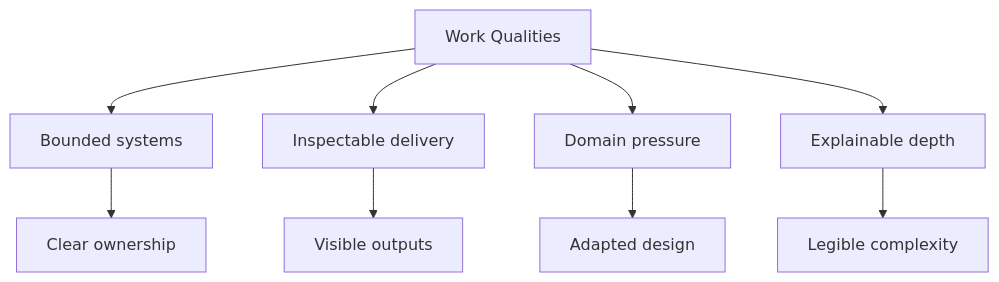
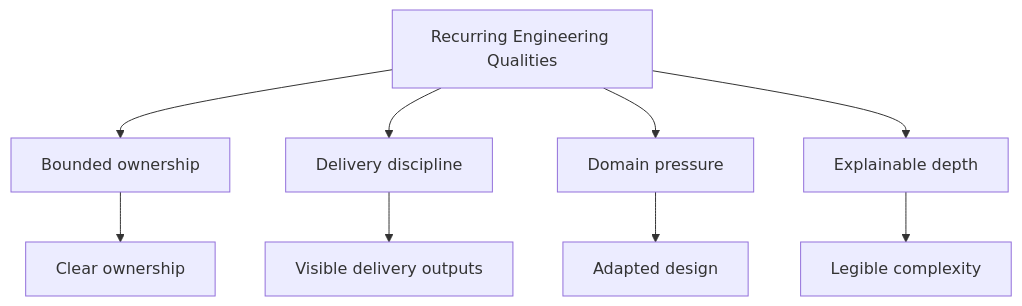
Before and after one commit to bijux/bijux.github.io: the diagram in docs/platform/work-qualities.md, drawn with Mermaid. The commit also changed other lines of this file, not shown here.

Commit message:
docs(work-qualities): freeze canonical quality vocabulary

````diff
--- a/docs/platform/work-qualities.md
+++ b/docs/platform/work-qualities.md
@@ -23,12 +21,12 @@
 ```mermaid
 graph TD
-    qualities["Work Qualities"] --> bounded["Bounded systems"]
-    qualities --> inspectable["Inspectable delivery"]
+    qualities["Recurring Engineering Qualities"] --> bounded["Bounded ownership"]
+    qualities --> inspectable["Delivery discipline"]
     qualities --> pressure["Domain pressure"]
     qualities --> depth["Explainable depth"]
 
     bounded --> ownership["Clear ownership"]
-    inspectable --> outputs["Visible outputs"]
+    inspectable --> outputs["Visible delivery outputs"]
     pressure --> adaptation["Adapted design"]
     depth --> complexity["Legible complexity"]
 ```
````
